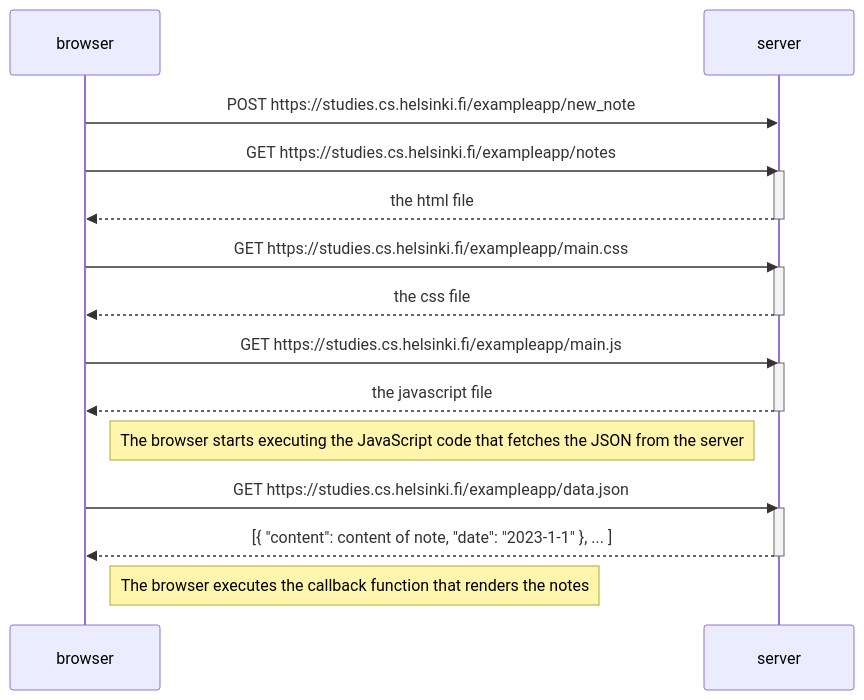
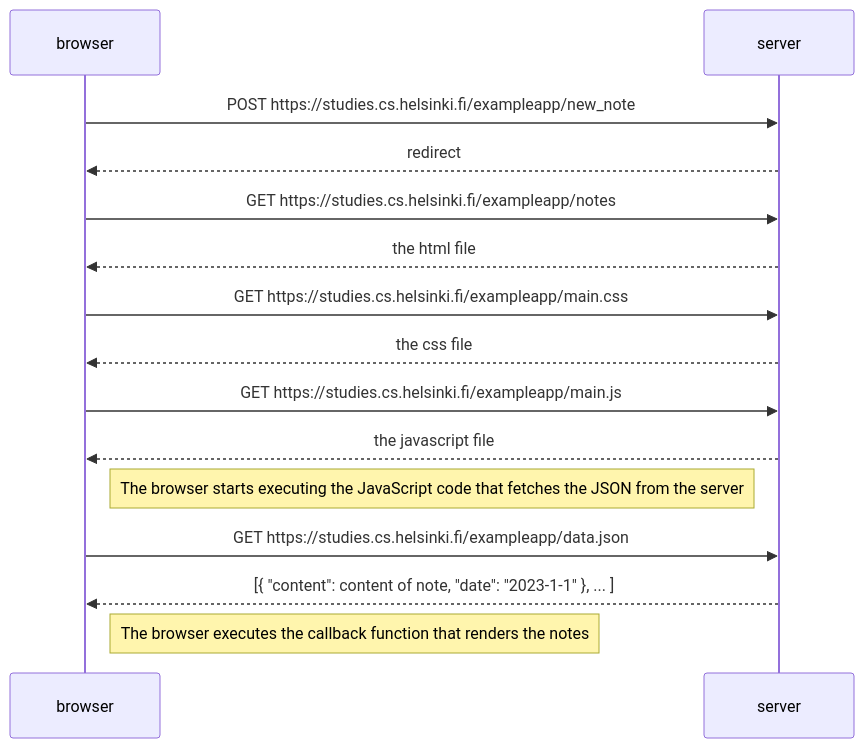
The diagram in osa0/muistiinpano.md (ve1kka/fullstack-open), drawn with Mermaid before and after one commit.

Commit message:
solution

````diff
--- a/osa0/muistiinpano.md
+++ b/osa0/muistiinpano.md
@@ -1,33 +1,28 @@
 ```mermaid
 sequenceDiagram
     participant browser
     participant server
 
     browser->>server: POST https://studies.cs.helsinki.fi/exampleapp/new_note
-
+    server-->>browser: redirect
     
     browser->>server: GET https://studies.cs.helsinki.fi/exampleapp/notes
-    activate server
     server-->>browser: the html file
-    deactivate server
-    
+
+
     browser->>server: GET https://studies.cs.helsinki.fi/exampleapp/main.css
-    activate server
     server-->>browser: the css file
-    deactivate server
+
 
     browser->>server: GET https://studies.cs.helsinki.fi/exampleapp/main.js
-    activate server
     server-->>browser: the javascript file
-    deactivate server
+
     
     Note right of browser: The browser starts executing the JavaScript code that fetches the JSON from the server
     
     browser->>server: GET https://studies.cs.helsinki.fi/exampleapp/data.json
-    activate server
-    server-->>browser: [{ "content": content of note, "date": "2023-1-1" }, ... ]
-    deactivate server    
+    server-->>browser: [{ "content": content of note, "date": "2023-1-1" }, ... ] 
 
     Note right of browser: The browser executes the callback function that renders the notes 
     
 ```
````
